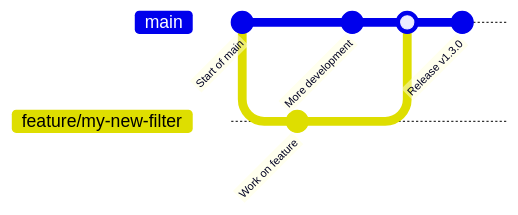
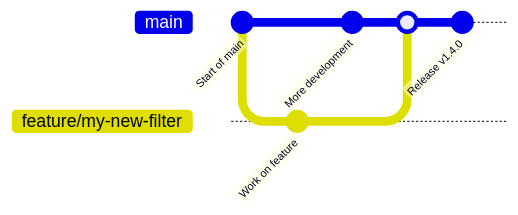
One commit to PlainsightAI/openfilter changed the first of 2 diagrams in CONTRIBUTING.md. Above: the diagram before and after it, drawn with Mermaid. The commit also changed other lines of this file and 7 other files, not shown here.

````diff
--- a/CONTRIBUTING.md
+++ b/CONTRIBUTING.md
@@ -383,11 +383,11 @@
 ```mermaid
 gitGraph
    commit id: "Start of main"
    branch feature/my-new-filter
    commit id: "Work on feature"
    checkout main
    commit id: "More development"
    merge feature/my-new-filter
-   commit id: "Release v1.3.0"
+   commit id: "Release v1.4.0"
 
 ```
````
